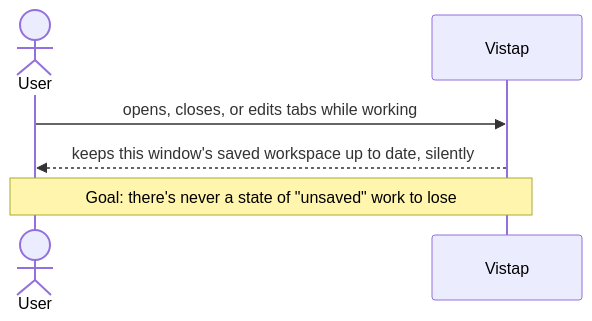
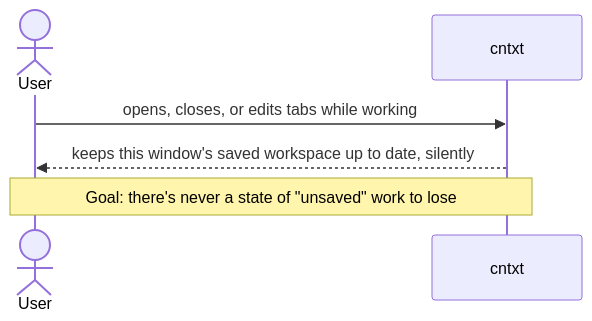
One commit to enyhma/cntxt changed the third of 11 diagrams in docs/workflows.md. Above: the diagram before and after it, drawn with Mermaid. The commit also changed other lines of this file and 16 other files, not shown here.

First line of the commit message:
chore: rename Vistap to cntxt

````diff
--- a/docs/workflows.md
+++ b/docs/workflows.md
@@ -77,9 +77,9 @@
 ```mermaid
 sequenceDiagram
     actor User
-    participant Vistap
+    participant cntxt
 
-    User->>Vistap: opens, closes, or edits tabs while working
-    Vistap-->>User: keeps this window's saved workspace up to date, silently
-    Note over User,Vistap: Goal: there's never a state of "unsaved" work to lose
+    User->>cntxt: opens, closes, or edits tabs while working
+    cntxt-->>User: keeps this window's saved workspace up to date, silently
+    Note over User,cntxt: Goal: there's never a state of "unsaved" work to lose
 ```
````
